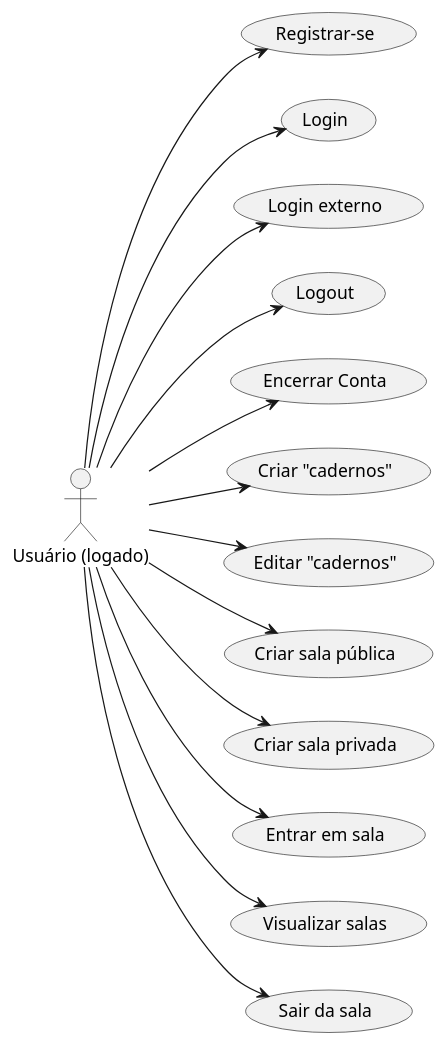
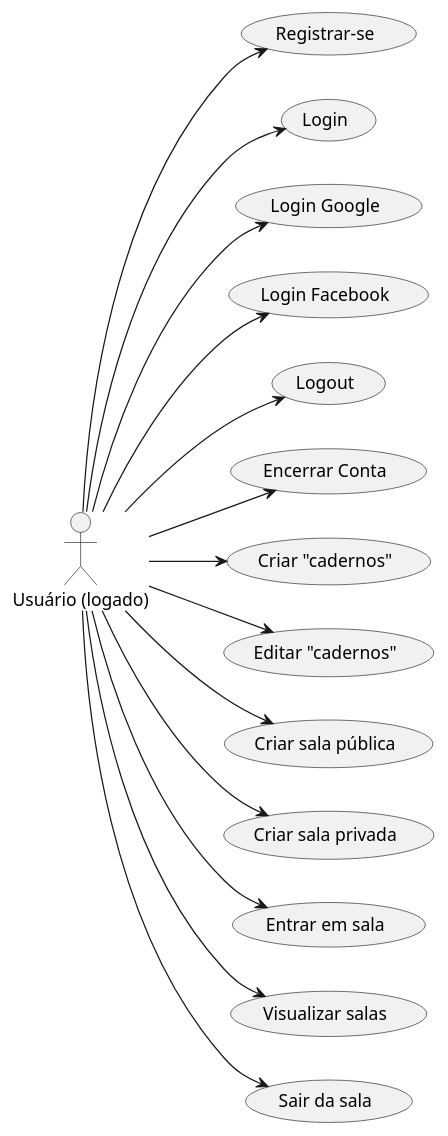
Before and after one commit to julioryanm/P.I.Fatec-1SEM.2024: the diagram in Documentacao/casos_de_uso/src/usuario_logado_0.wsd, drawn with PlantUML.

Commit message:
Docs: Change user login methods on usuario_logado_0.wsd

```diff
--- a/Documentacao/casos_de_uso/src/usuario_logado_0.wsd
+++ b/Documentacao/casos_de_uso/src/usuario_logado_0.wsd
@@ -1,17 +1,18 @@
 @startuml Logged User Actions 0
 scale 1
 left to right direction
 :Usuário (logado): as User
 User --> (Registrar-se)
 User --> (Login)
-User --> (Login externo)
+User --> (Login Google)
+User --> (Login Facebook)
 User --> (Logout)
 User --> (Encerrar Conta)
 User --> (Criar "cadernos")
 User --> (Editar "cadernos")
 User --> (Criar sala pública)
 User --> (Criar sala privada)
 User --> (Entrar em sala)
 User --> (Visualizar salas)
 User --> (Sair da sala)
 @enduml
```
